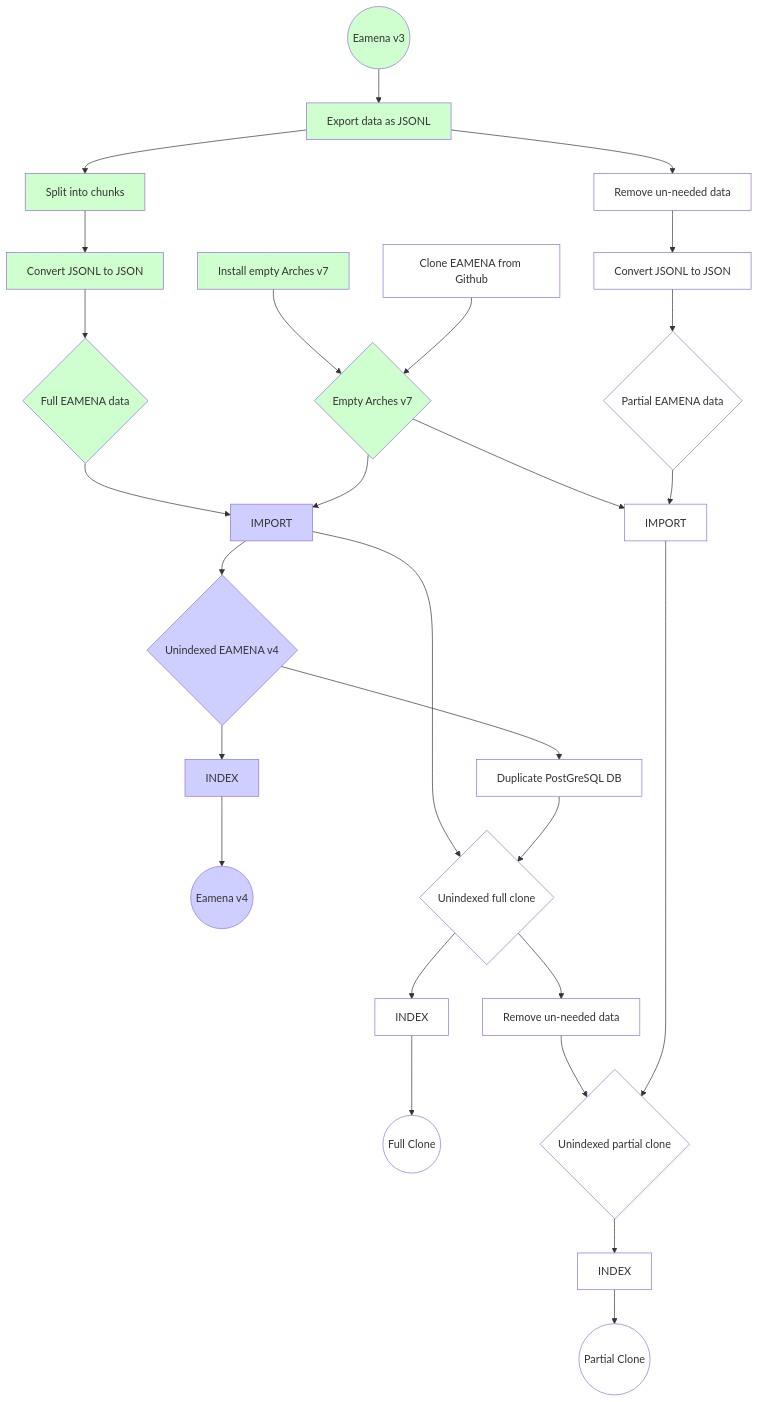
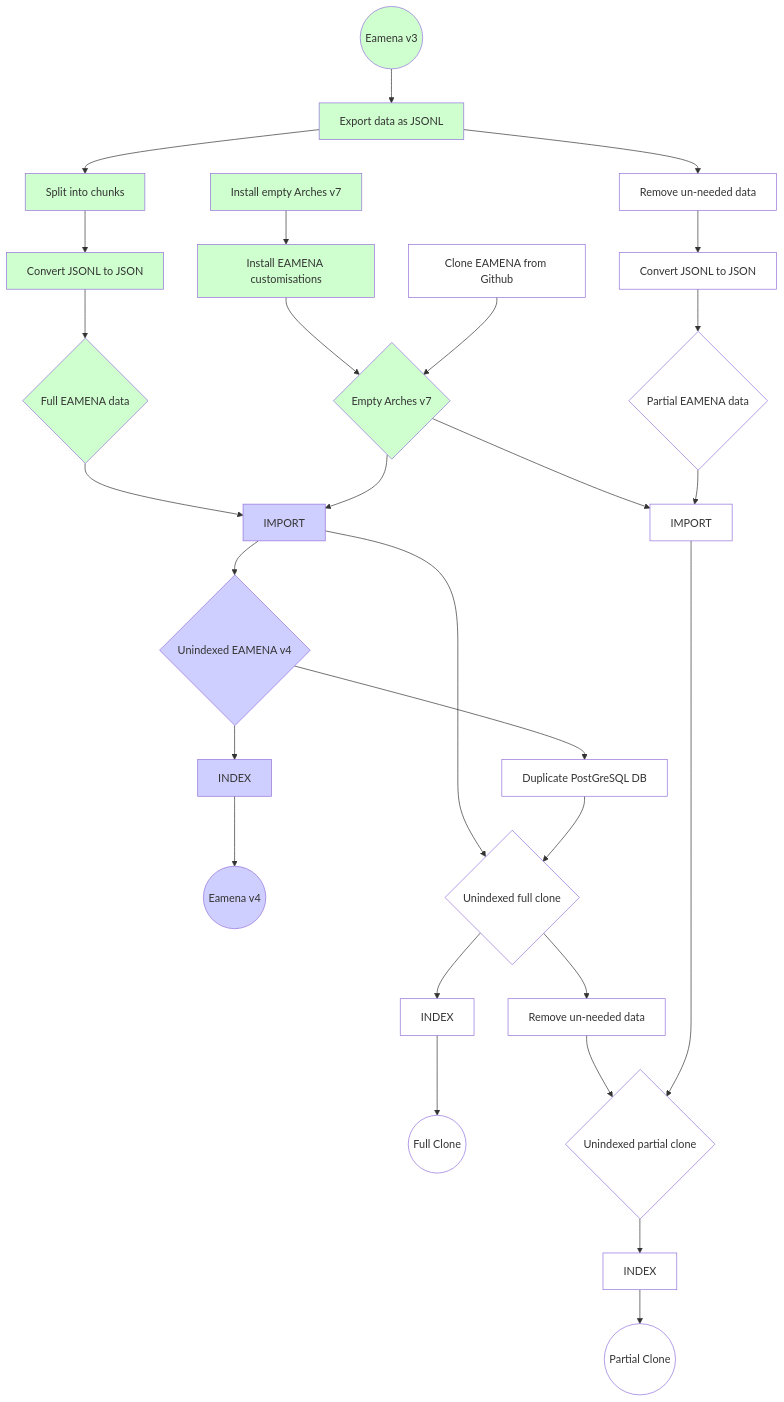
The diagram in dbs/database.eamena/docs/notes/Routes.md (eamena-project/eamena-arches-dev), drawn with Mermaid before and after one commit.

Commit message:
Added one more step that we've already done

````diff
--- a/dbs/database.eamena/docs/notes/Routes.md
+++ b/dbs/database.eamena/docs/notes/Routes.md
@@ -3,54 +3,56 @@
 ```mermaid
 flowchart
 	id1((Eamena v3))-->id2[Export data as JSONL]
 	id2-->id3[Split into chunks]
 	id3-->id4[Convert JSONL to JSON]
 	id4-->id5{Full EAMENA data}
 	id5-->id6[IMPORT]
-	id7[Install empty Arches v7]-->id8{Empty Arches v7}
+	id7[Install empty Arches v7]-->id25[Install EAMENA customisations]
+	id25-->id8{Empty Arches v7}
 	id9[Clone EAMENA from Github]-->id8
 	id8-->id6
 	id6-->id10{Unindexed EAMENA v4}
 	id10-->id11[Duplicate PostGreSQL DB]
 	id10-->id12[INDEX]
 	id12-->id13((Eamena v4))
 	id2-->id14[Remove un-needed data]
 	id6-->id15{Unindexed full clone}
 	id11-->id15
 	id15-->id16[INDEX]
 	id16-->id17((Full Clone))
 	id18{Unindexed partial clone}-->id19[INDEX]
 	id19-->id20((Partial Clone))
 	id14-->id21[Convert JSONL to JSON]
 	id21-->id22{Partial EAMENA data}
 	id15-->id23[Remove un-needed data]
 	id8-->id24[IMPORT]
 	id22-->id24
 	id23-->id18
 	id24-->id18
 	style id1 fill:#CFFFCF
 	style id2 fill:#CFFFCF
 	style id3 fill:#CFFFCF
 	style id4 fill:#CFFFCF
 	style id5 fill:#CFFFCF
 	style id6 fill:#CFCFFF
 	style id7 fill:#CFFFCF
 	style id8 fill:#CFFFCF
 	style id9 fill:#FFFFFF
 	style id10 fill:#CFCFFF
 	style id11 fill:#FFFFFF
 	style id12 fill:#CFCFFF
 	style id13 fill:#CFCFFF
 	style id14 fill:#FFFFFF
 	style id15 fill:#FFFFFF
 	style id16 fill:#FFFFFF
 	style id17 fill:#FFFFFF
 	style id18 fill:#FFFFFF
 	style id19 fill:#FFFFFF
 	style id20 fill:#FFFFFF
 	style id21 fill:#FFFFFF
 	style id22 fill:#FFFFFF
 	style id23 fill:#FFFFFF
 	style id24 fill:#FFFFFF
+	style id25 fill:#CFFFCF
 	
 ```
````
